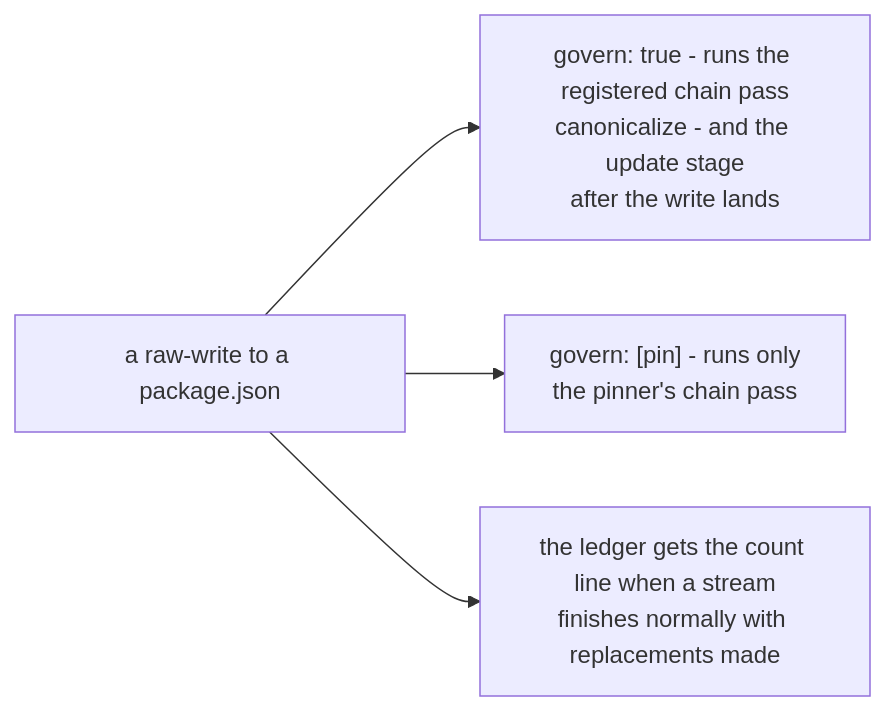
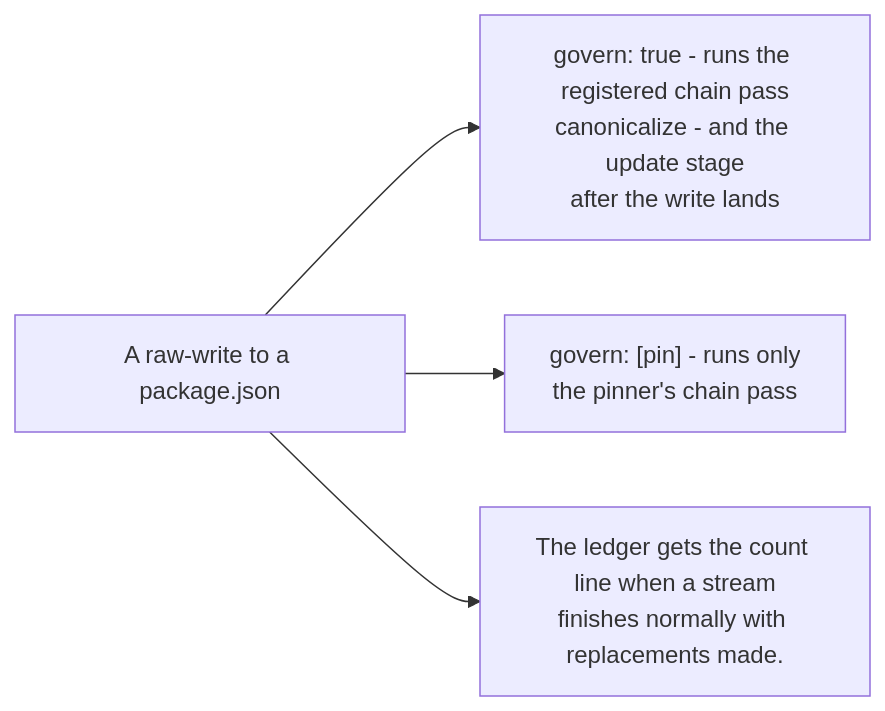
Before and after one commit to PlayForm/Site-DeepSeek: the diagram in Source/Content/Mermaid/dash-governance-per-call.mmd, drawn with Mermaid. The commit also changed 221 other files, not shown here.

```diff
--- a/Source/Content/Mermaid/dash-governance-per-call.mmd
+++ b/Source/Content/Mermaid/dash-governance-per-call.mmd
@@ -1,8 +1,8 @@
 flowchart LR
-	RAW["a raw-write to a package.json"]
+	RAW["A raw-write to a package.json"]
 	TRUE["govern: true - runs the registered chain pass<br/>canonicalize - and the update stage<br/>after the write lands"]
 	PIN["govern: [pin] - runs only<br/>the pinner's chain pass"]
-	LED["the ledger gets the count line when a stream<br/>finishes normally with replacements made"]
+	LED["The ledger gets the count line when a stream<br/>finishes normally with replacements made."]
 	RAW --> TRUE
 	RAW --> PIN
 	RAW --> LED
```
